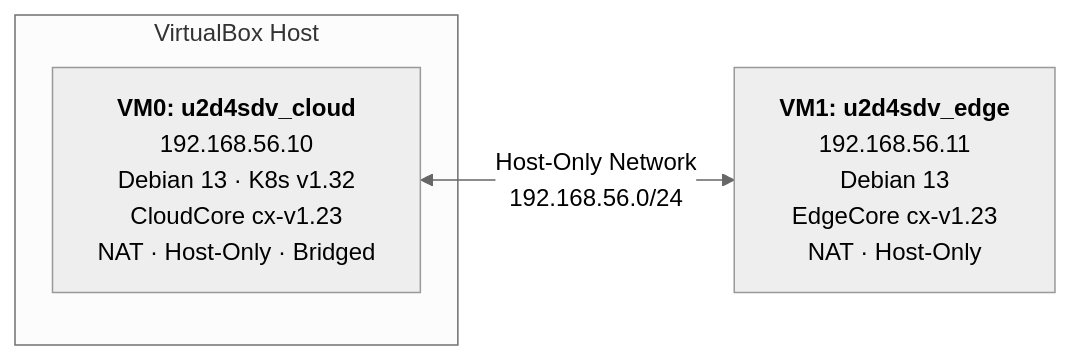
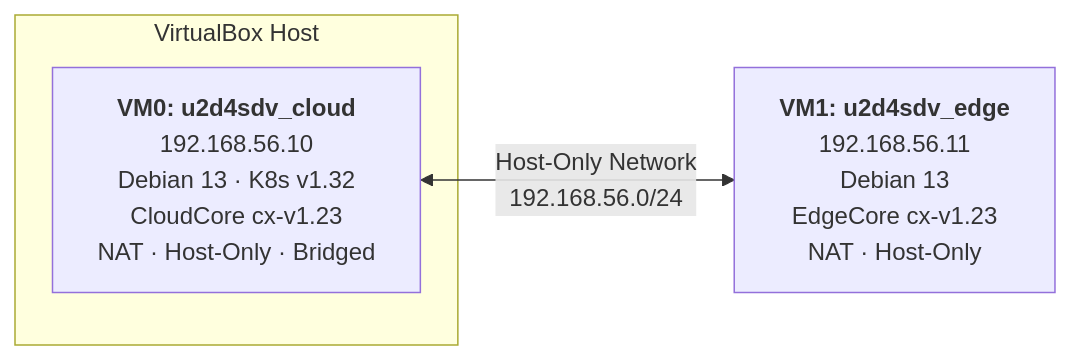
Before and after one commit to neotera-eu/up2date4sdv-continuumx-playground: the first of 7 diagrams in README.md, drawn with Mermaid. The commit also changed other lines of this file, not shown here.

Commit message:
Document mapper architecture, interfaces and usage. Revise document structure and content.

````diff
--- a/README.md
+++ b/README.md
@@ -72,21 +47,20 @@
 ```mermaid
-%%{init: {"theme": "neutral"}}%%
 flowchart LR
     subgraph VBox["VirtualBox Host"]
         Cloud["`**VM0: u2d4sdv_cloud**
         192.168.56.10
         Debian 13 · K8s v1.32
         CloudCore cx-v1.23
 
         NAT · Host-Only · Bridged`"]
     end
 
     Edge["`**VM1: u2d4sdv_edge**
     192.168.56.11
     Debian 13
     EdgeCore cx-v1.23
-    
+
     NAT · Host-Only`"]
 
     Cloud <-->|"Host-Only Network<br/>192.168.56.0/24"| Edge
 ```
````
